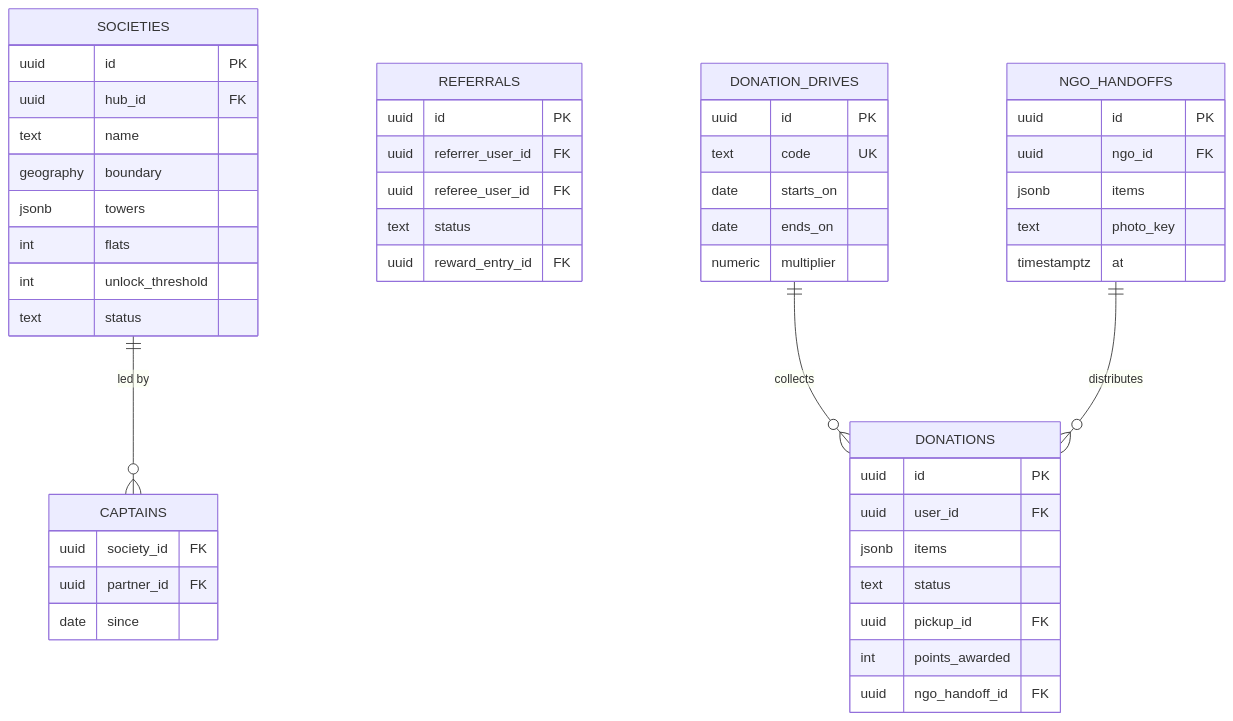
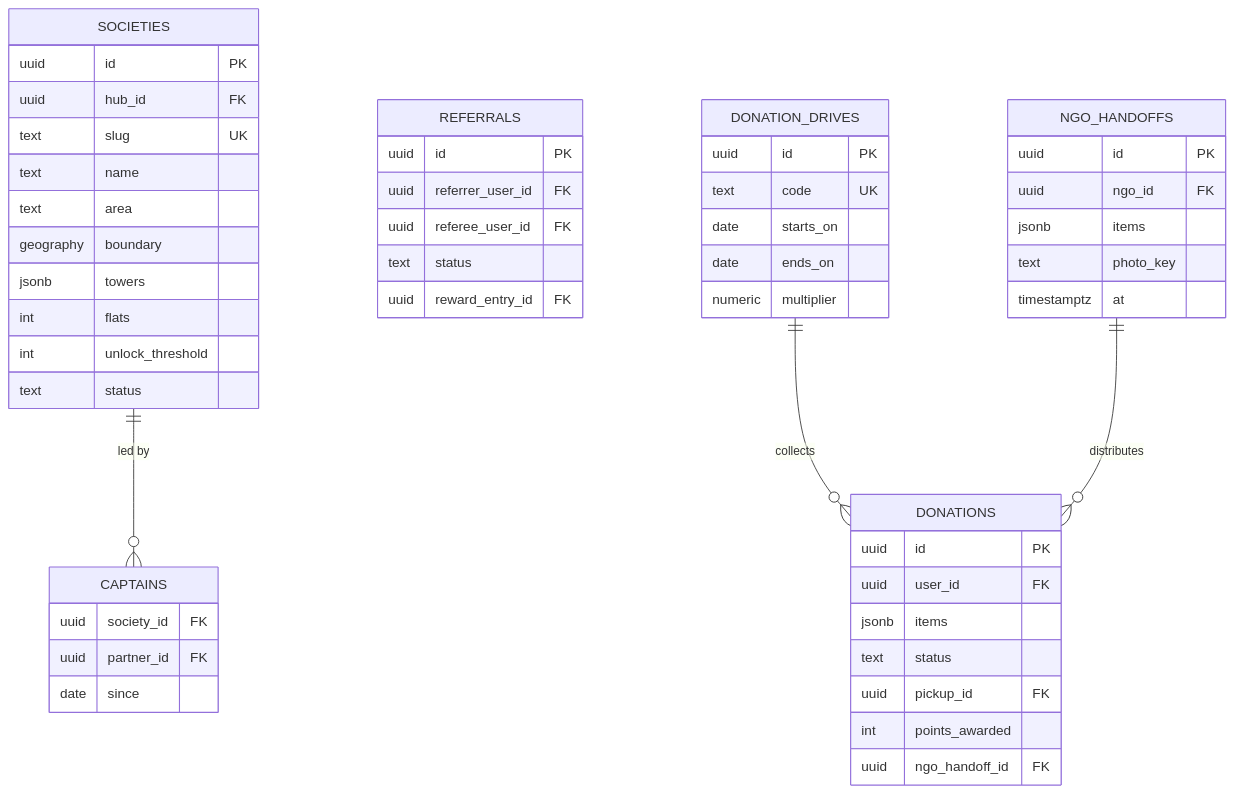
The tenth of 14 diagrams in docs/handbook/05-data-architecture.md (prelekar7/GharBasket), drawn with Mermaid before and after one commit. The commit also changed other lines of this file and 3 other files, not shown here.

````diff
--- a/docs/handbook/05-data-architecture.md
+++ b/docs/handbook/05-data-architecture.md
@@ -610,51 +614,53 @@
 ```mermaid
 erDiagram
     SOCIETIES {
         uuid id PK
         uuid hub_id FK
+        text slug UK
         text name
+        text area
         geography boundary
         jsonb towers
         int flats
         int unlock_threshold
         text status
     }
     CAPTAINS {
         uuid society_id FK
         uuid partner_id FK
         date since
     }
     REFERRALS {
         uuid id PK
         uuid referrer_user_id FK
         uuid referee_user_id FK
         text status
         uuid reward_entry_id FK
     }
     DONATION_DRIVES {
         uuid id PK
         text code UK
         date starts_on
         date ends_on
         numeric multiplier
     }
     DONATIONS {
         uuid id PK
         uuid user_id FK
         jsonb items
         text status
         uuid pickup_id FK
         int points_awarded
         uuid ngo_handoff_id FK
     }
     NGO_HANDOFFS {
         uuid id PK
         uuid ngo_id FK
         jsonb items
         text photo_key
         timestamptz at
     }
     SOCIETIES ||--o{ CAPTAINS : "led by"
     DONATION_DRIVES ||--o{ DONATIONS : collects
     NGO_HANDOFFS ||--o{ DONATIONS : distributes
 ```
````
